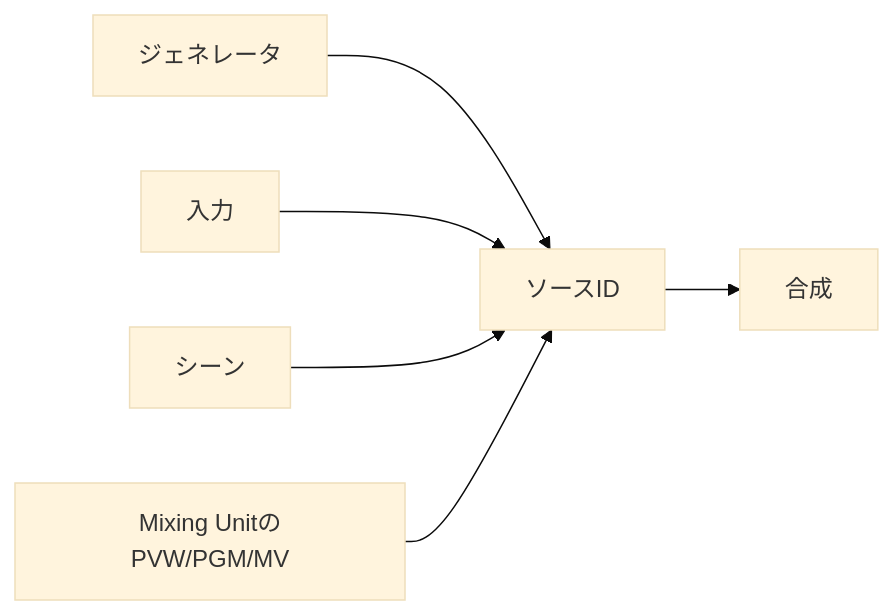
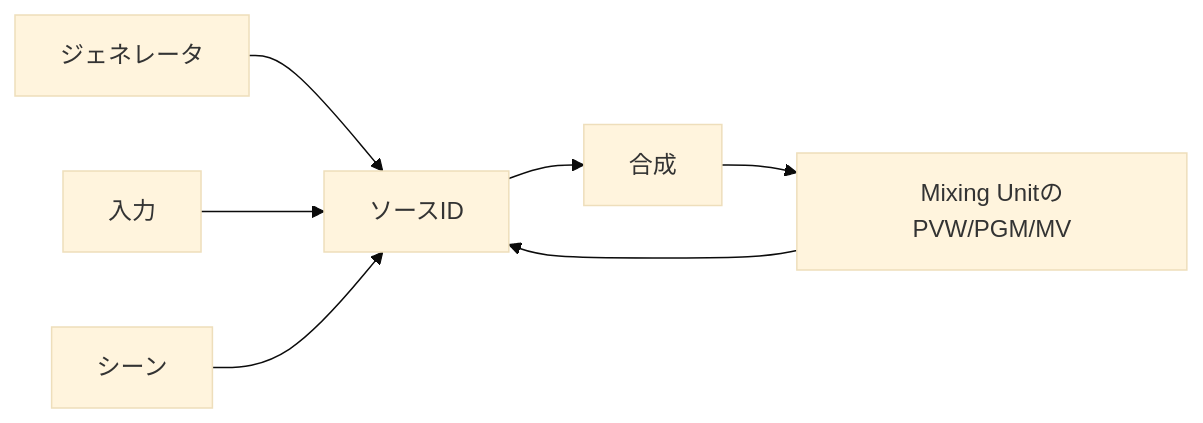
Before and after one commit to MikanseiLaboratory/eiviz: the third of 5 diagrams in docs/src/content/docs/ja/introduction/architecture.md, drawn with Mermaid (base theme). The commit also changed other lines of this file and 40 other files, not shown here.

````diff
--- a/docs/src/content/docs/ja/introduction/architecture.md
+++ b/docs/src/content/docs/ja/introduction/architecture.md
@@ -70,8 +72,9 @@
 ```mermaid
 flowchart LR
   gen["ジェネレータ"] --> id["ソースID"]
   inp["入力"] --> id
   scene["シーン"] --> id
   mu["Mixing UnitのPVW/PGM/MV"] --> id
   id --> compose["合成"]
+  compose --> mu
 ```
````
